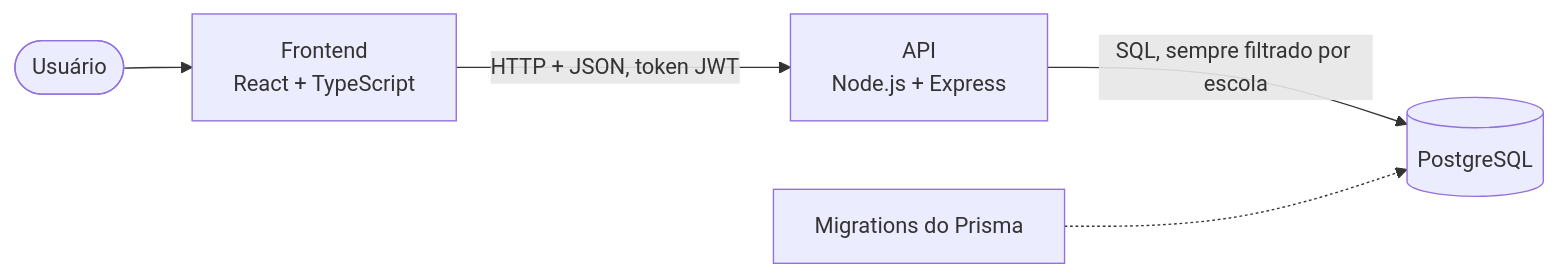
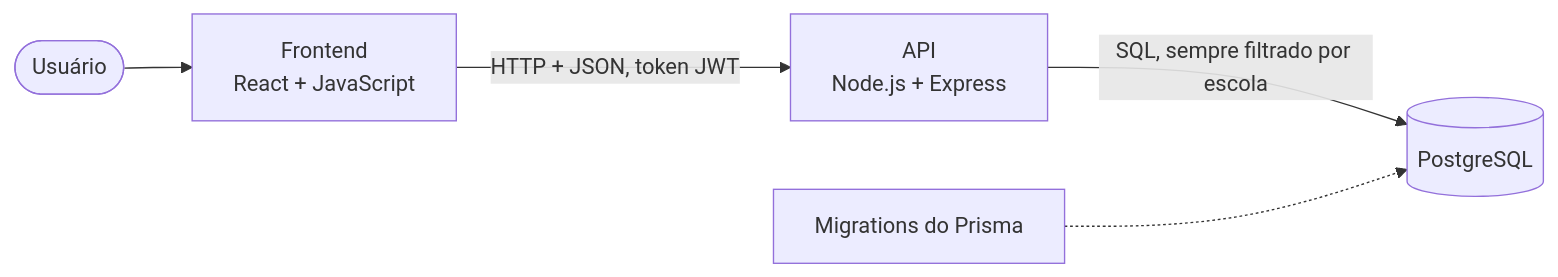
Before and after one commit to manroque/HajimeTech: the diagram in README.md, drawn with Mermaid. The commit also changed other lines of this file and 18 other files, not shown here.

First line of the commit message:
docs: atualiza documentacao e issues para o front em JavaScript

````diff
--- a/README.md
+++ b/README.md
@@ -100,7 +100,7 @@
 ```mermaid
 flowchart LR
-    U([Usuário]) --> F[Frontend<br/>React + TypeScript]
+    U([Usuário]) --> F[Frontend<br/>React + JavaScript]
     F -- "HTTP + JSON, token JWT" --> A[API<br/>Node.js + Express]
     A -- "SQL, sempre filtrado por escola" --> B[(PostgreSQL)]
     M[Migrations do Prisma] -.-> B
 ```
````
